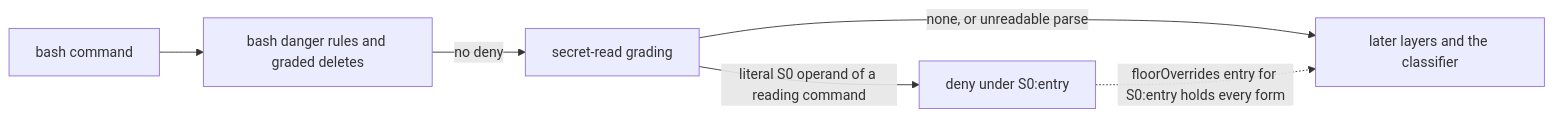
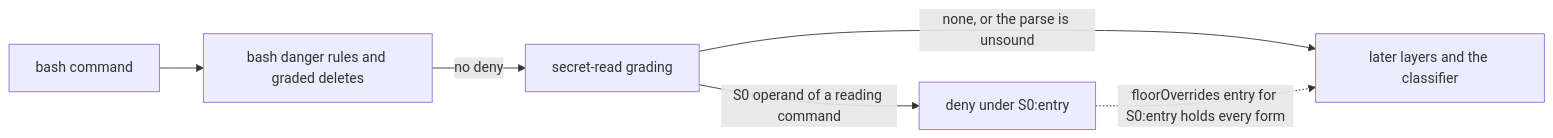
One commit to jonatsu/pi-verdict changed the diagram in docs/adr/0014-shell-reads-of-secret-files.md. Above: the diagram before and after it, drawn with Mermaid. The commit also changed other lines of this file and 1 other file, not shown here.

First line of the commit message:
docs(adr): revise ADR-0014 after its architecture review

````diff
--- a/docs/adr/0014-shell-reads-of-secret-files.md
+++ b/docs/adr/0014-shell-reads-of-secret-files.md
@@ -83,8 +115,8 @@
 ```mermaid
 flowchart LR
     call[bash command] --> rules[bash danger rules and graded deletes]
     rules -->|no deny| reads[secret-read grading]
-    reads -->|literal S0 operand of a reading command| deny[deny under S0:entry]
-    reads -->|none, or unreadable parse| later[later layers and the classifier]
+    reads -->|S0 operand of a reading command| deny[deny under S0:entry]
+    reads -->|none, or the parse is unsound| later[later layers and the classifier]
     deny -.->|floorOverrides entry for S0:entry holds every form| later
 ```
````
